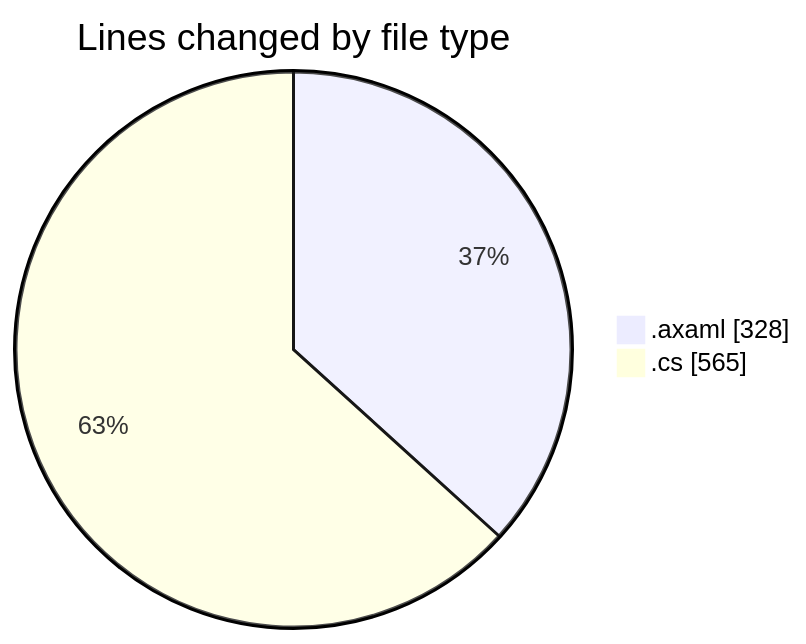
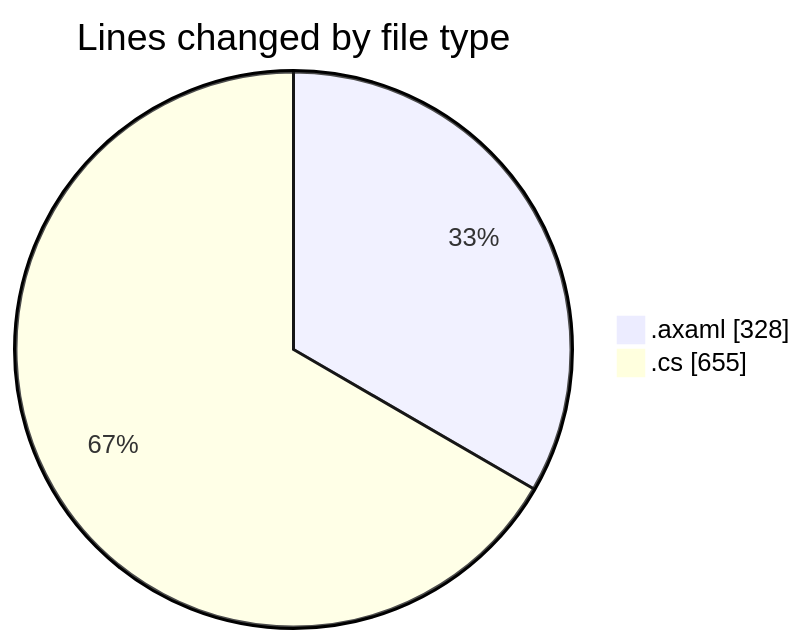
The first of 2 diagrams in 2025-11-01/skintrack/README.md (Netris89/code-tracking), drawn with Mermaid before and after one commit. The commit also changed other lines of this file and 1 other file, not shown here.

````diff
--- a/2025-11-01/skintrack/README.md
+++ b/2025-11-01/skintrack/README.md
@@ -26,6 +26,6 @@
 ```mermaid
 pie showData
 title Lines changed by file type
 ".axaml" : 328
-".cs" : 565
+".cs" : 655
 ```
````
